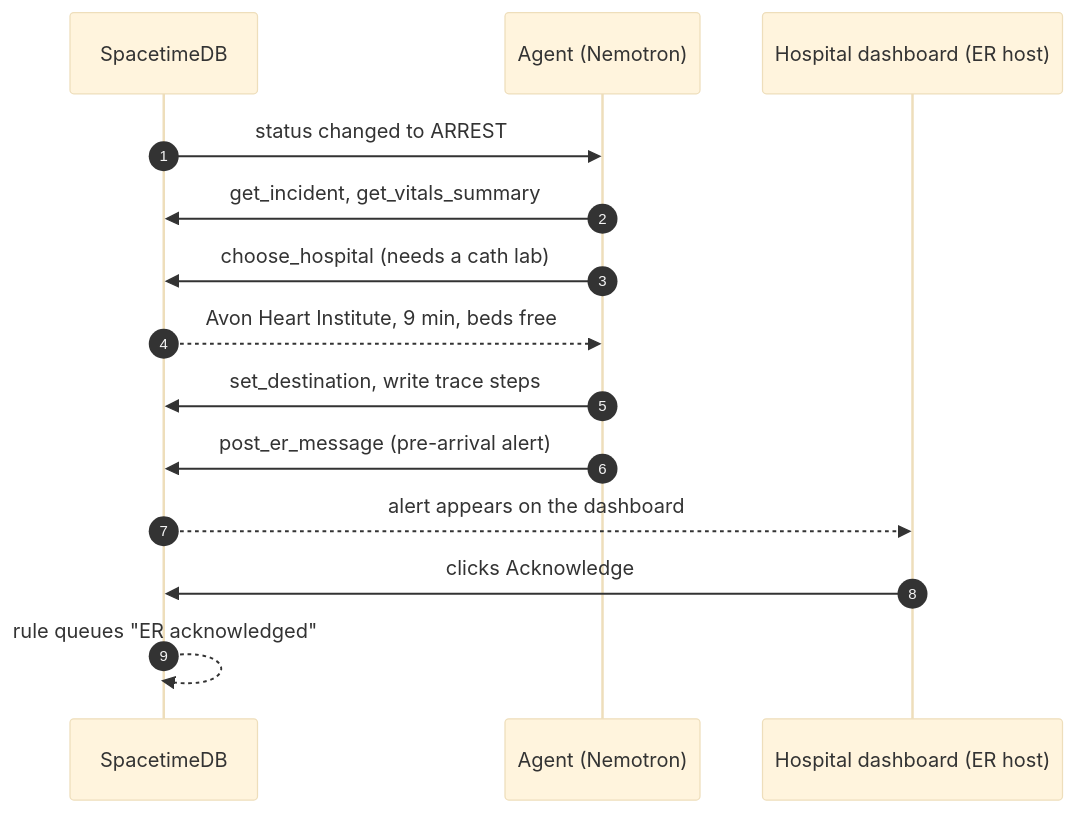
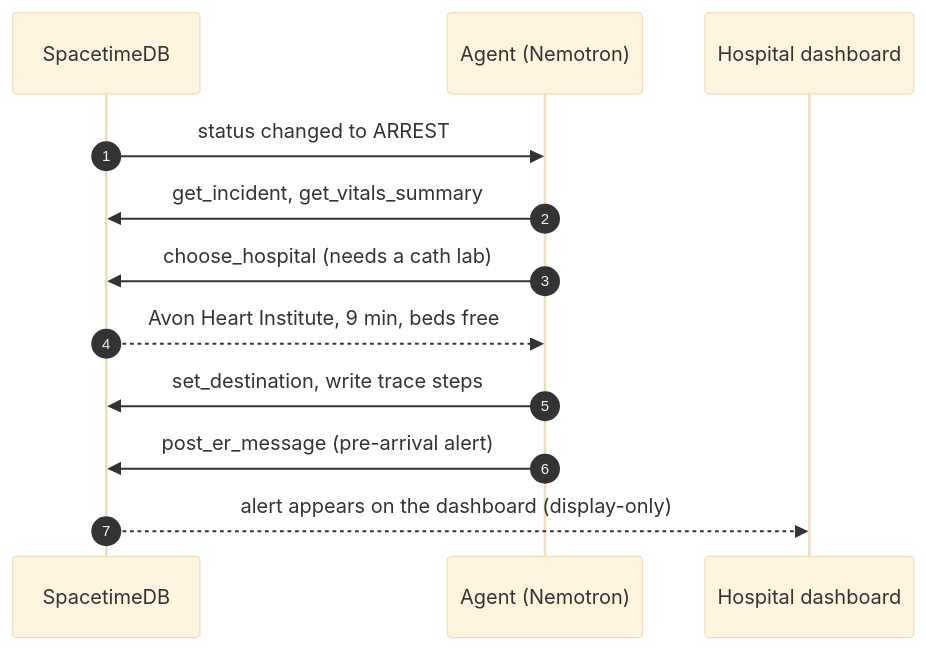
Before and after one commit to rishi-golla/hackutd26: the seventh of 11 diagrams in docs/context/SPEC.md, drawn with Mermaid (base theme). The commit also changed other lines of this file and 14 other files, not shown here.

````diff
--- a/docs/context/SPEC.md
+++ b/docs/context/SPEC.md
@@ -1044,16 +1345,14 @@
 ```mermaid
 sequenceDiagram
   autonumber
   participant S as SpacetimeDB
   participant A as Agent (Nemotron)
-  participant E as Hospital dashboard (ER host)
+  participant E as Hospital dashboard
   S->>A: status changed to ARREST
   A->>S: get_incident, get_vitals_summary
   A->>S: choose_hospital (needs a cath lab)
   S-->>A: Avon Heart Institute, 9 min, beds free
   A->>S: set_destination, write trace steps
   A->>S: post_er_message (pre-arrival alert)
-  S-->>E: alert appears on the dashboard
-  E->>S: clicks Acknowledge
-  S-->>S: rule queues "ER acknowledged"
+  S-->>E: alert appears on the dashboard (display-only)
 ```
````
